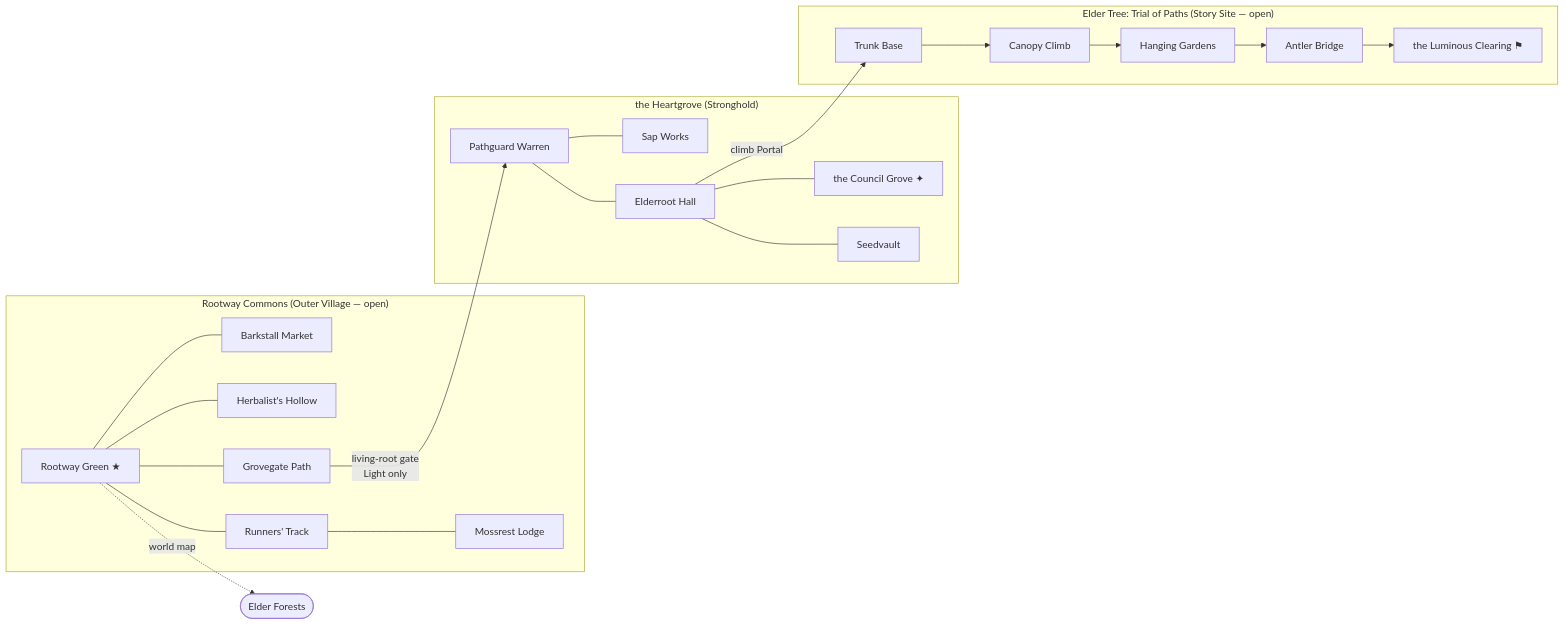
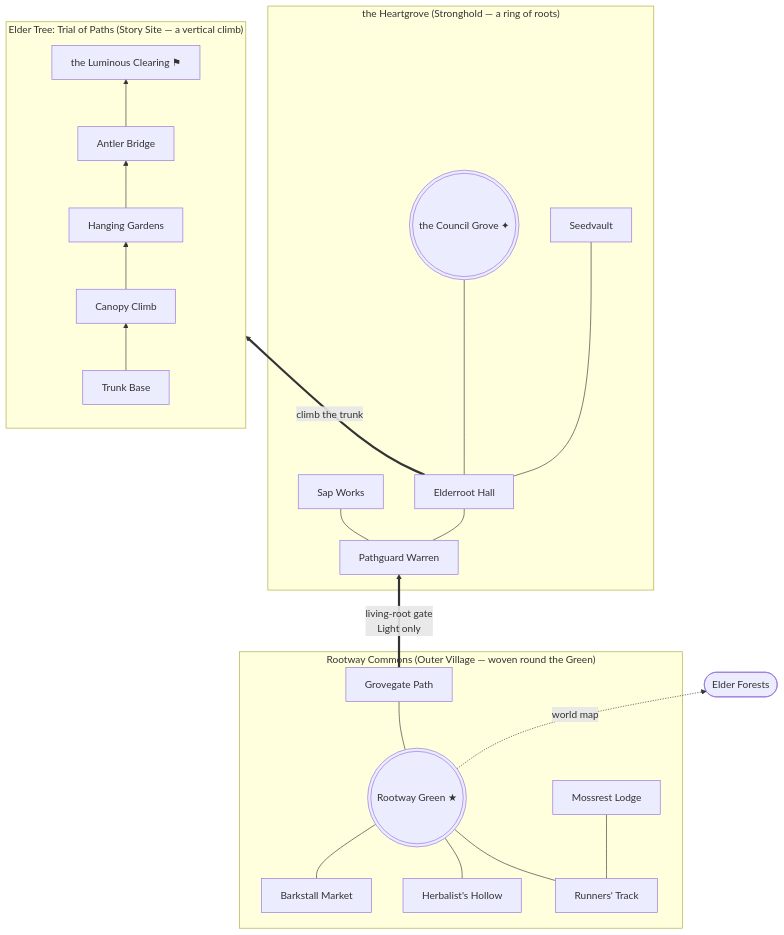
One commit to DibranMulder/2D-platform-game changed the third of 8 diagrams in docs/design/0014-hometown-maps.md. Above: the diagram before and after it, drawn with Mermaid. The commit also changed other lines of this file, not shown here.

First line of the commit message:
Reshape home-town portal graphs to their terrain (DESIGN-0014)

````diff
--- a/docs/design/0014-hometown-maps.md
+++ b/docs/design/0014-hometown-maps.md
@@ -408,22 +423,23 @@
 ```mermaid
-flowchart LR
-    subgraph V["Rootway Commons (Outer Village — open)"]
-        GRN[Rootway Green ★] --- BM[Barkstall Market]
-        GRN --- HH[Herbalist's Hollow]
-        GRN --- RT[Runners' Track]
+flowchart BT
+    subgraph V["Rootway Commons (Outer Village — woven round the Green)"]
+        BM[Barkstall Market] --- GRN(((Rootway Green ★)))
+        HH[Herbalist's Hollow] --- GRN
+        RT[Runners' Track] --- GRN
         RT --- ML[Mossrest Lodge]
         GRN --- GP[Grovegate Path]
     end
-    GP -->|living-root gate<br/>Light only| PW[Pathguard Warren]
-    subgraph S["the Heartgrove (Stronghold)"]
-        PW --- SW[Sap Works]
+    GP ==>|living-root gate<br/>Light only| PW
+    subgraph S["the Heartgrove (Stronghold — a ring of roots)"]
+        PW[Pathguard Warren] --- SW[Sap Works]
         PW --- EH[Elderroot Hall]
-        EH --- CG[the Council Grove ✦]
+        EH --- CG(((the Council Grove ✦)))
         EH --- SV[Seedvault]
     end
-    EH -->|climb Portal| TB
-    subgraph T["Elder Tree: Trial of Paths (Story Site — open)"]
+    EH ==>|climb the trunk| TB
+    subgraph T["Elder Tree: Trial of Paths (Story Site — a vertical climb)"]
+        direction BT
         TB[Trunk Base] --> CC[Canopy Climb] --> HG[Hanging Gardens] --> AB[Antler Bridge] --> LC[the Luminous Clearing ⚑]
     end
     GRN -.world map.-> W([Elder Forests])
 ```
````
